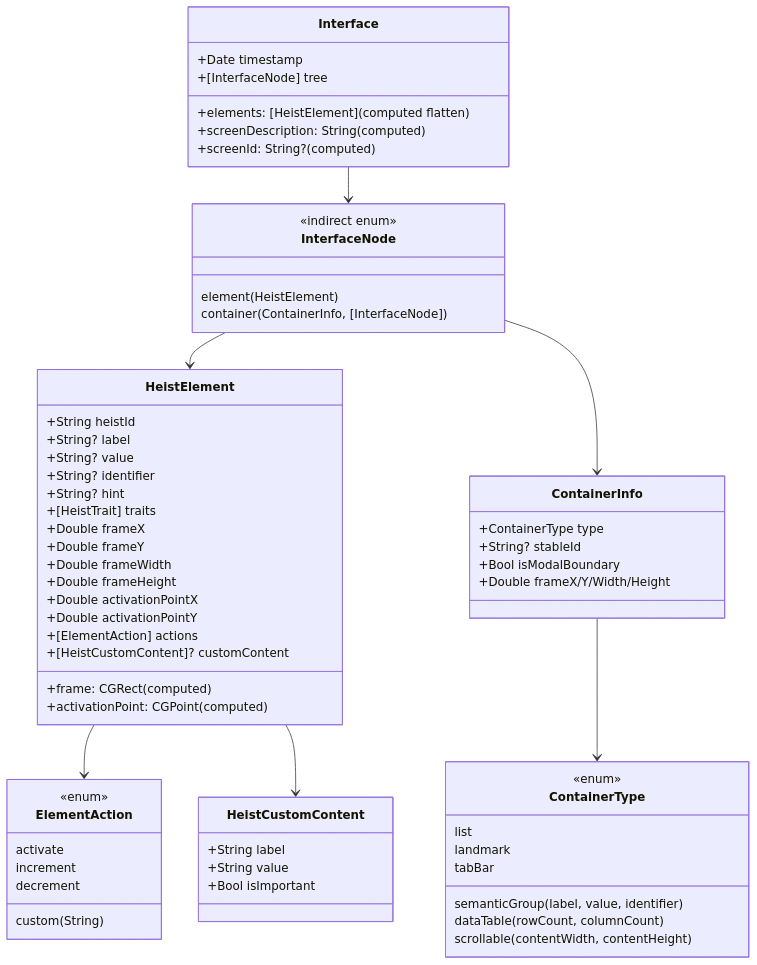
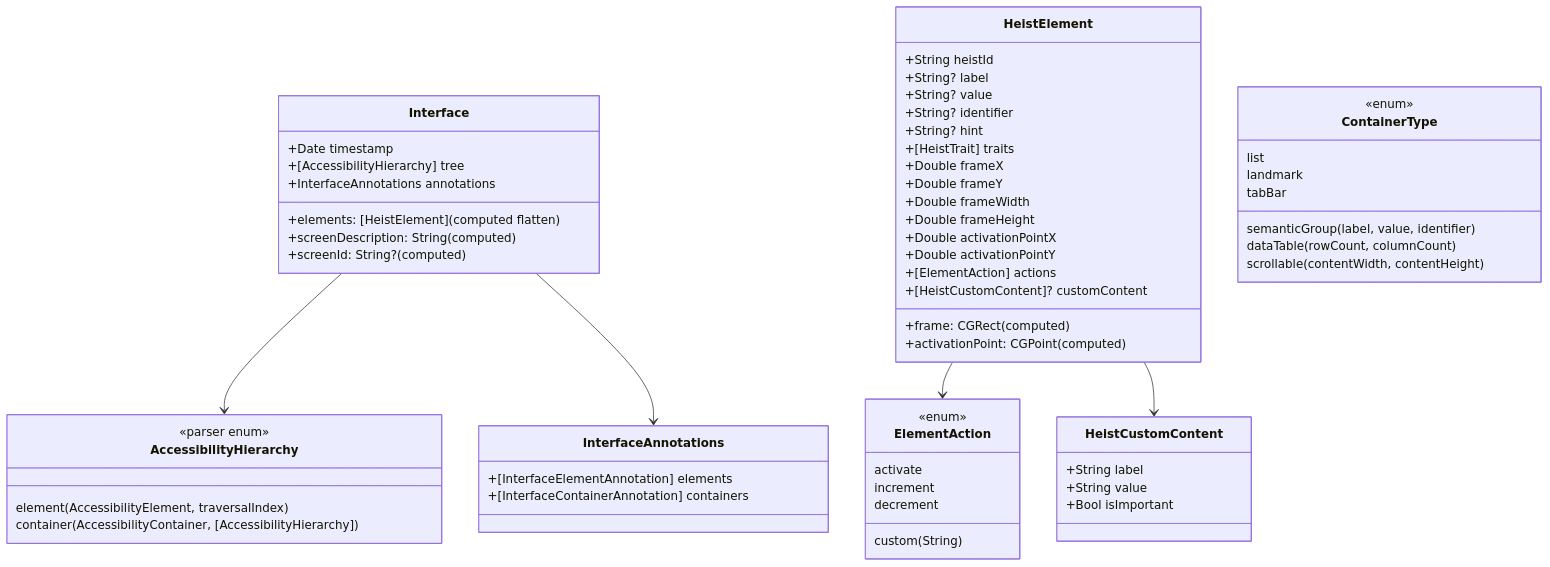
Before and after one commit to RoyalPineapple/TheButtonHeist: the third of 7 diagrams in docs/dossiers/18-THESCORE.md, drawn with Mermaid. The commit also changed other lines of this file and 49 other files, not shown here.

Commit message:
Use parser hierarchy as interface tree

````diff
--- a/docs/dossiers/18-THESCORE.md
+++ b/docs/dossiers/18-THESCORE.md
@@ -114,73 +114,70 @@
 ```mermaid
 classDiagram
     class Interface {
         +Date timestamp
-        +[InterfaceNode] tree
+        +[AccessibilityHierarchy] tree
+        +InterfaceAnnotations annotations
         +elements: [HeistElement] (computed flatten)
         +screenDescription: String (computed)
         +screenId: String? (computed)
     }
 
     class HeistElement {
         +String heistId
         +String? label
         +String? value
         +String? identifier
         +String? hint
         +[HeistTrait] traits
         +Double frameX
         +Double frameY
         +Double frameWidth
         +Double frameHeight
         +Double activationPointX
         +Double activationPointY
         +[ElementAction] actions
         +[HeistCustomContent]? customContent
         +frame: CGRect (computed)
         +activationPoint: CGPoint (computed)
     }
 
-    class InterfaceNode {
-        <<indirect enum>>
-        element(HeistElement)
-        container(ContainerInfo, [InterfaceNode])
+    class AccessibilityHierarchy {
+        <<parser enum>>
+        element(AccessibilityElement, traversalIndex)
+        container(AccessibilityContainer, [AccessibilityHierarchy])
     }
 
-    class ContainerInfo {
-        +ContainerType type
-        +String? stableId
-        +Bool isModalBoundary
-        +Double frameX/Y/Width/Height
+    class InterfaceAnnotations {
+        +[InterfaceElementAnnotation] elements
+        +[InterfaceContainerAnnotation] containers
     }
 
     class ContainerType {
         <<enum>>
         semanticGroup(label, value, identifier)
         list
         landmark
         dataTable(rowCount, columnCount)
         tabBar
         scrollable(contentWidth, contentHeight)
     }
 
     class ElementAction {
         <<enum>>
         activate
         increment
         decrement
         custom(String)
     }
 
     class HeistCustomContent {
         +String label
         +String value
         +Bool isImportant
     }
 
-    Interface --> InterfaceNode
-    InterfaceNode --> HeistElement
-    InterfaceNode --> ContainerInfo
-    ContainerInfo --> ContainerType
+    Interface --> AccessibilityHierarchy
+    Interface --> InterfaceAnnotations
     HeistElement --> ElementAction
     HeistElement --> HeistCustomContent
 ```
````
